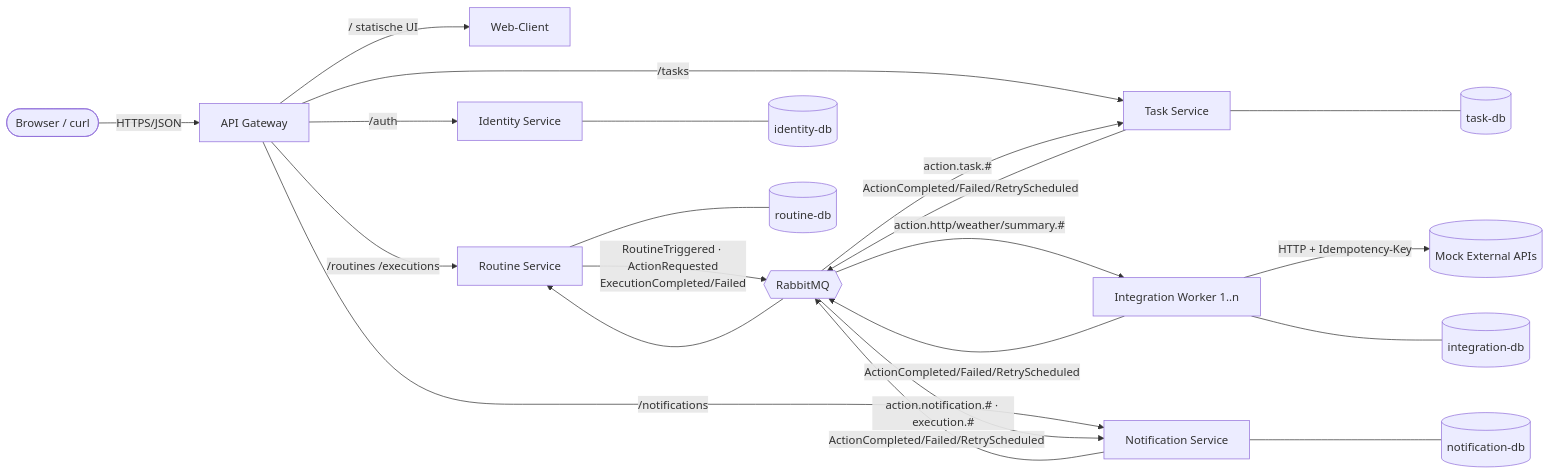
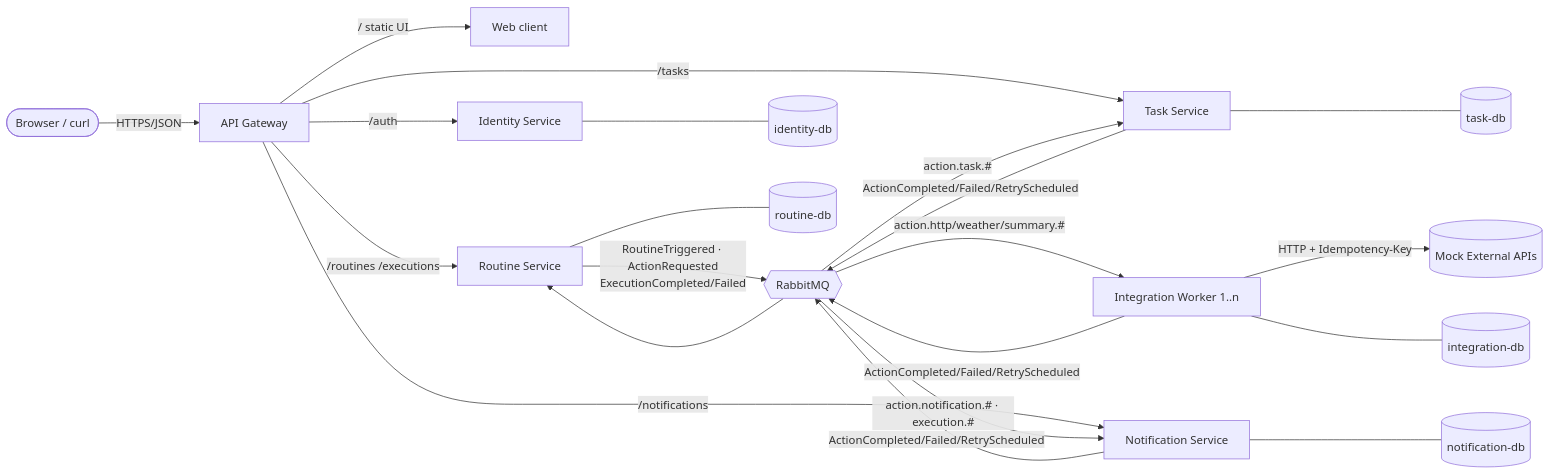
The first of 2 diagrams in docs/architecture.md (sxpersxnic/tbz-m321-routine), drawn with Mermaid before and after one commit. The commit also changed other lines of this file and 67 other files, not shown here.

````diff
--- a/docs/architecture.md
+++ b/docs/architecture.md
@@ -7,23 +7,23 @@
 ```mermaid
 flowchart LR
     Client([Browser / curl]) -->|HTTPS/JSON| GW[API Gateway]
-    GW -->|/ statische UI| WEB[Web-Client]
+    GW -->|/ static UI| WEB[Web client]
     GW -->|/auth| ID[Identity Service]
     GW -->|/routines /executions| RS[Routine Service]
     GW -->|/tasks| TS[Task Service]
     GW -->|/notifications| NS[Notification Service]
 
     RS -- "RoutineTriggered · ActionRequested\nExecutionCompleted/Failed" --> MB{{RabbitMQ}}
     MB -- "action.task.#" --> TS
     MB -- "action.http/weather/summary.#" --> IW1[Integration Worker 1..n]
     MB -- "action.notification.# · execution.#" --> NS
     TS & IW1 & NS -- "ActionCompleted/Failed/RetryScheduled" --> MB
     MB --> RS
     IW1 -->|HTTP + Idempotency-Key| EXT[(Mock External APIs)]
 
     ID --- IDDB[(identity-db)]
     RS --- RSDB[(routine-db)]
     TS --- TSDB[(task-db)]
     NS --- NSDB[(notification-db)]
     IW1 --- IWDB[(integration-db)]
 ```
````
